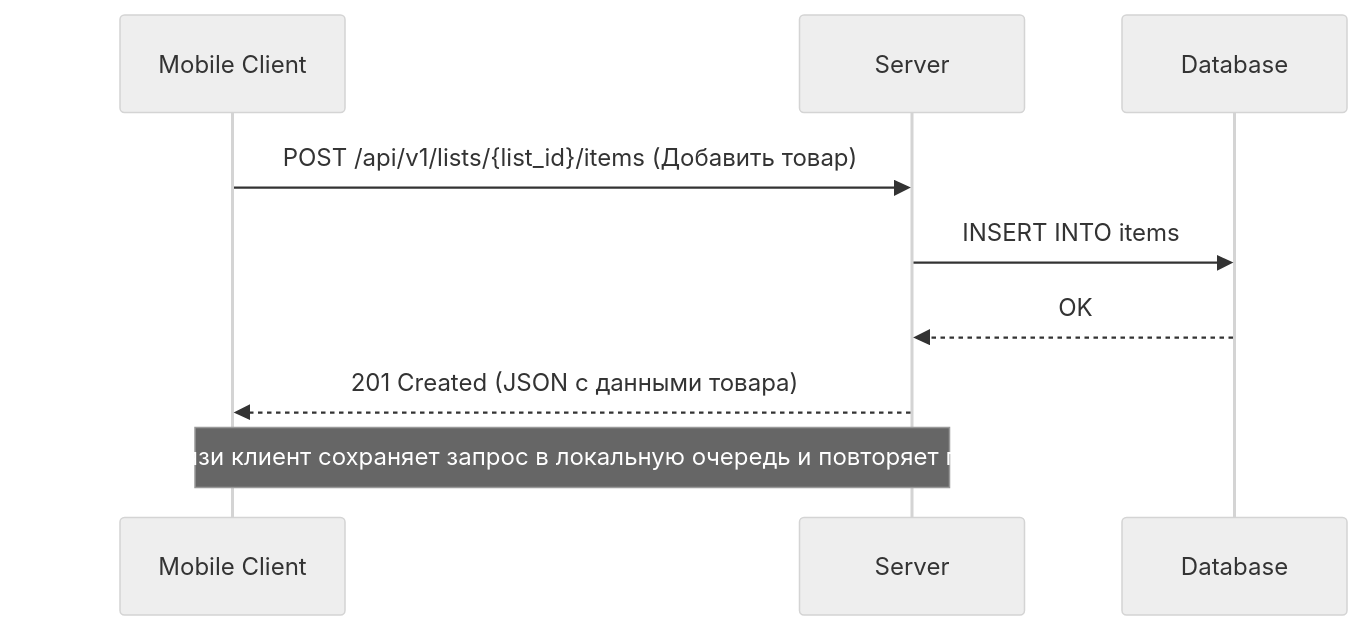
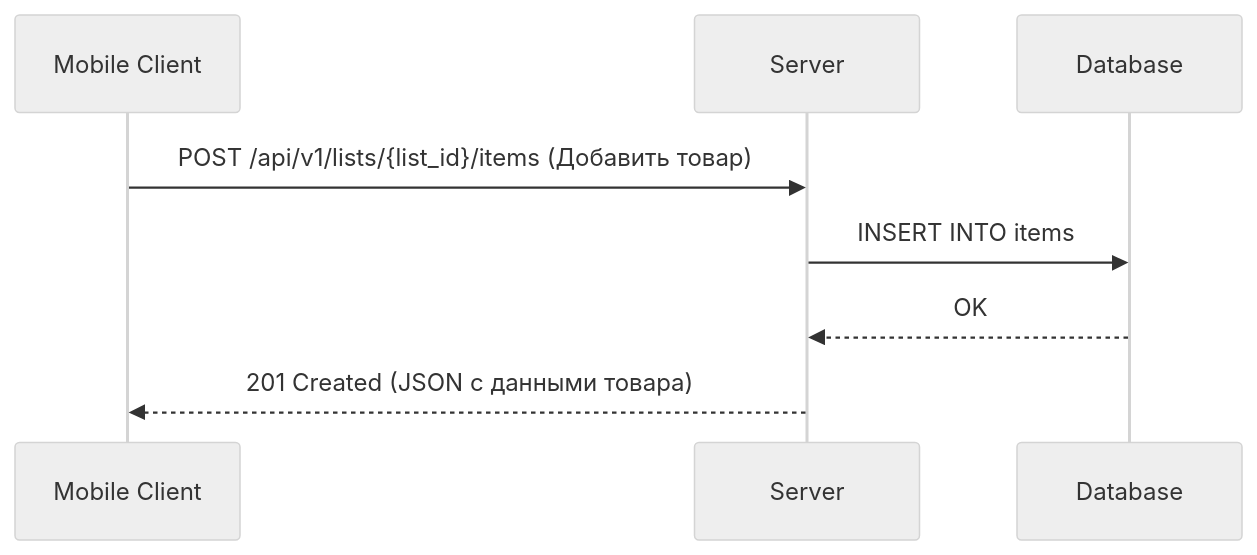
One commit to LizaNotseagull/mediasoft-analytics-test changed the diagram in docs /03_sync_and_api.md. Above: the diagram before and after it, drawn with Mermaid (neutral theme).

Commit message:
docs: почищена sequence-диаграмма (убрано перекрывающее примечание)

````diff
--- a/docs /03_sync_and_api.md
+++ b/docs /03_sync_and_api.md
@@ -7,13 +7,12 @@
 ```mermaid
 sequenceDiagram
     participant C as Mobile Client
     participant S as Server
     participant DB as Database
 
     C->>S: POST /api/v1/lists/{list_id}/items (Добавить товар)
     S->>DB: INSERT INTO items
     DB-->>S: OK
     S-->>C: 201 Created (JSON с данными товара)
     
-    Note over C,S: При потере связи клиент сохраняет запрос в локальную очередь и повторяет попытку позже.
 ```
````
